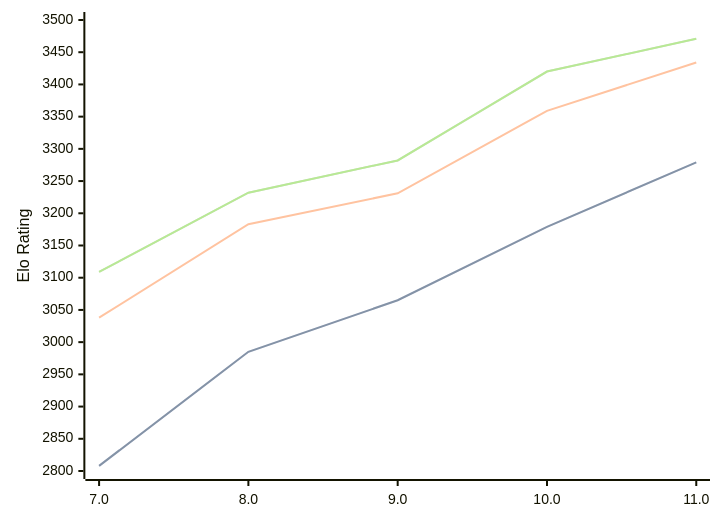
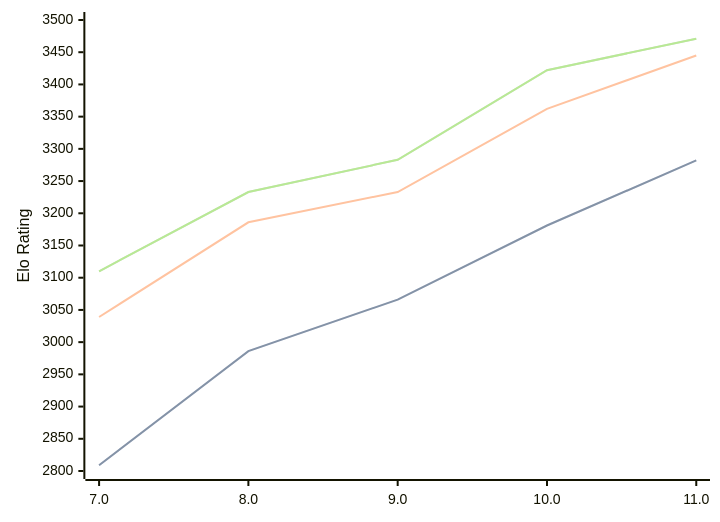
Before and after one commit to computer-chess-index/cci: the diagram in engines/Tcheran.md, drawn with Mermaid. The commit also changed other lines of this file, not shown here.

Commit message:
Update CCI Ratings (ELO VLTC) - 2026-02-20

````diff
--- a/engines/Tcheran.md
+++ b/engines/Tcheran.md
@@ -46,11 +46,11 @@
 ```mermaid
 %%{init: {"theme":"base","themeVariables":{"seriesColors:['#a3a3a3','#222221','#faa371']}}}%%
 xychart-beta
   x-axis ["7.0", "8.0", "9.0", "10.0", "11.0"]
   y-axis "Elo Rating" 2800 --> 3500
-  line "STC (8.0+0.08s)" [2808, 2985, 3065, 3179, 3279]
-  line "STC (8.0+0.08s)" [2808, 2985, 3065, 3179, 3279]
-  line "LTC (60.0+0.60s)" [3038, 3183, 3231, 3359, 3434]
-  line "VLTC (2m24s+1.12s)" [3109, 3232, 3282, 3420, 3471]
-  line "VLTC (2m24s+1.12s)" [3109, 3232, 3282, 3420, 3471]
+  line "STC (8.0+0.08s)" [2809, 2986, 3066, 3181, 3282]
+  line "STC (8.0+0.08s)" [2809, 2986, 3066, 3181, 3282]
+  line "LTC (60.0+0.60s)" [3039, 3186, 3233, 3362, 3445]
+  line "VLTC (2m24s+1.12s)" [3110, 3233, 3283, 3422, 3471]
+  line "VLTC (2m24s+1.12s)" [3110, 3233, 3283, 3422, 3471]
 ```
````
